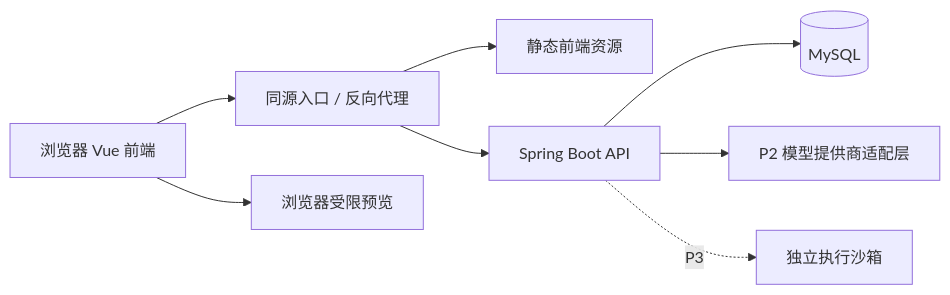
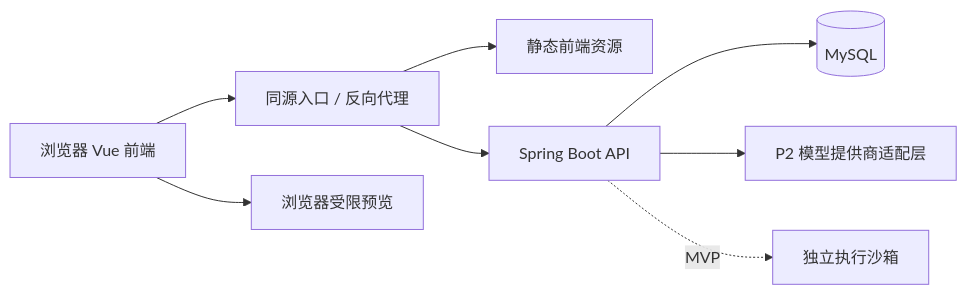
One commit to zz26max/constrained-ai-learning-platform changed the diagram in docs/DEVELOPMENT.md. Above: the diagram before and after it, drawn with Mermaid. The commit also changed other lines of this file and 4 other files, not shown here.

````diff
--- a/docs/DEVELOPMENT.md
+++ b/docs/DEVELOPMENT.md
@@ -39,10 +40,10 @@
 ```mermaid
 flowchart LR
   B[浏览器 Vue 前端] --> G[同源入口 / 反向代理]
   G --> F[静态前端资源]
   G --> A[Spring Boot API]
   B --> P[浏览器受限预览]
   A --> D[(MySQL)]
   A --> M[P2 模型提供商适配层]
-  A -. P3 .-> R[独立执行沙箱]
+  A -. MVP .-> R[独立执行沙箱]
 ```
````
